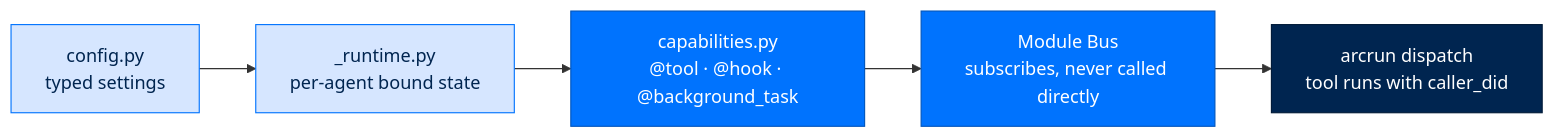
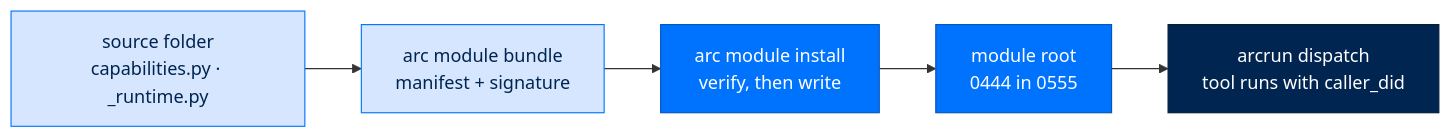
Before and after one commit to joshuamschultz/Arc: the diagram in docs/building/modules.md, drawn with Mermaid. The commit also changed other lines of this file and 22 other files, not shown here.

````diff
--- a/docs/building/modules.md
+++ b/docs/building/modules.md
@@ -7,12 +7,12 @@
 ```mermaid
 flowchart LR
     classDef a fill:#D6E6FF,stroke:#0073FE,color:#002550
     classDef b fill:#0073FE,stroke:#0055BC,color:#FFFFFF
     classDef c fill:#002550,stroke:#001A38,color:#FFFFFF
-    A["config.py<br/>typed settings"]:::a
-    B["_runtime.py<br/>per-agent bound state"]:::a
-    C["capabilities.py<br/>@tool · @hook · @background_task"]:::b
-    D["Module Bus<br/>subscribes, never called directly"]:::b
+    A["source folder<br/>capabilities.py · _runtime.py"]:::a
+    B["arc module bundle<br/>manifest + signature"]:::a
+    C["arc module install<br/>verify, then write"]:::b
+    D["module root<br/>0444 in 0555"]:::b
     E["arcrun dispatch<br/>tool runs with caller_did"]:::c
     A --> B --> C --> D --> E
 ```
````
